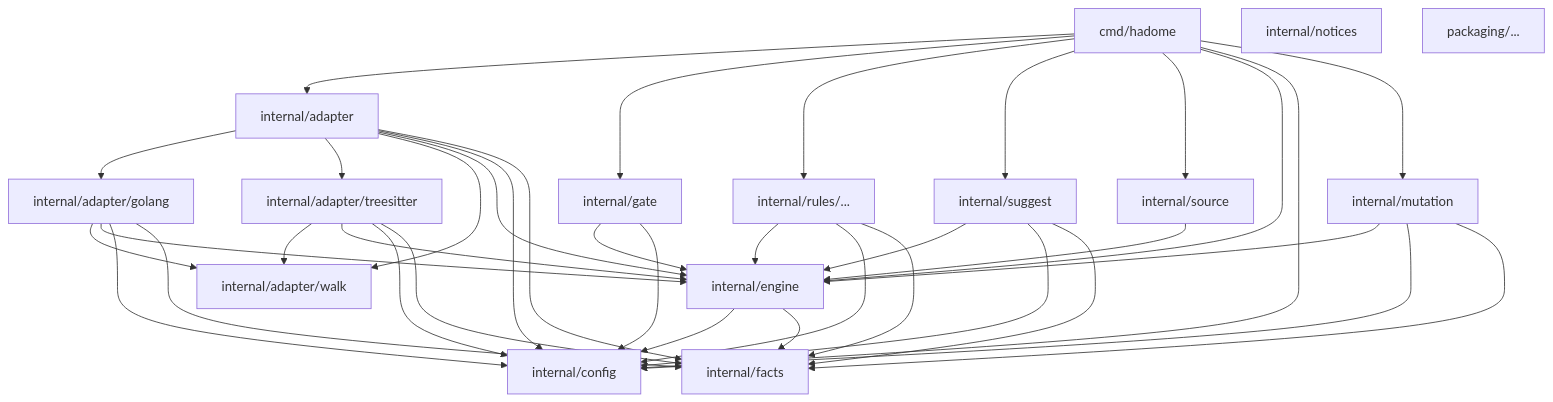
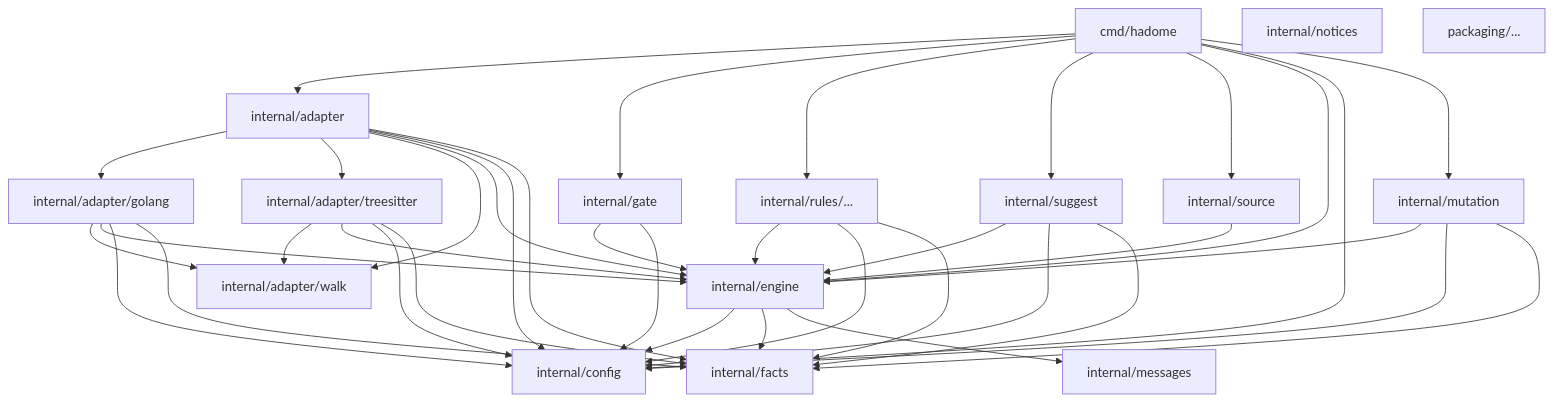
One commit to rerorets/hadome changed the diagram in docs/design/dependencies.ja.md. Above: the diagram before and after it, drawn with Mermaid. The commit also changed other lines of this file and 40 other files, not shown here.

````diff
--- a/docs/design/dependencies.ja.md
+++ b/docs/design/dependencies.ja.md
@@ -5,17 +5,17 @@
 ```mermaid
 flowchart TB
   cmd["cmd/hadome"] --> adapter["internal/adapter"] & gate["internal/gate"] & rules["internal/rules/..."]
   cmd --> suggest["internal/suggest"] & source["internal/source"] & engine["internal/engine"] & config["internal/config"]
   cmd --> mutation["internal/mutation"]
   adapter --> golang["internal/adapter/golang"] & treesitter["internal/adapter/treesitter"]
   adapter & golang & treesitter --> walk["internal/adapter/walk"]
   adapter & golang & treesitter --> engine & config & facts["internal/facts"]
-  engine --> config & facts
+  engine --> config & facts & messages["internal/messages"]
   gate --> engine & config
   rules --> engine & config & facts
   suggest --> engine & config & facts
   source --> engine
   mutation --> engine & config & facts
   notices["internal/notices"]
   packaging["packaging/..."]
 ```
````
